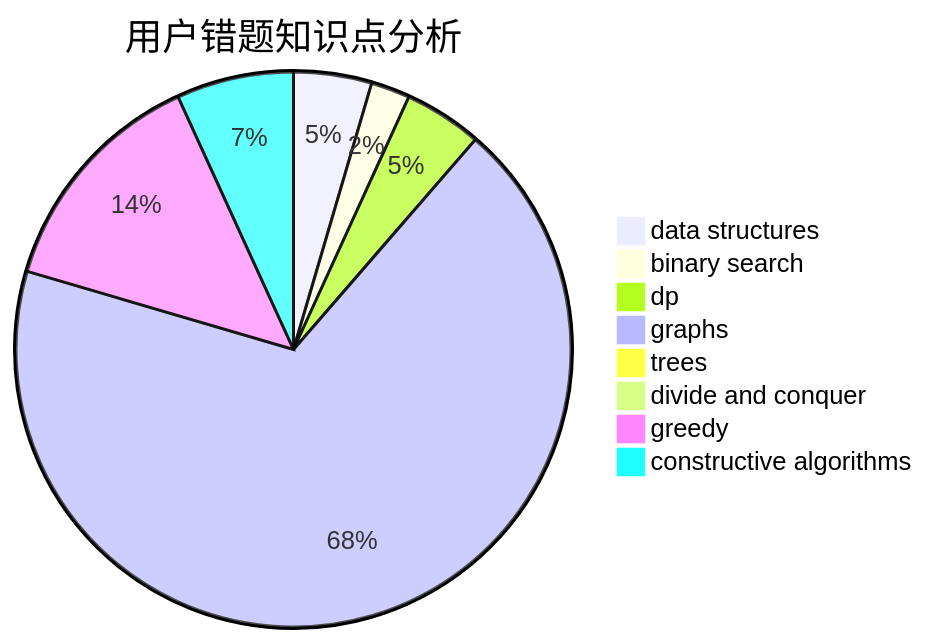
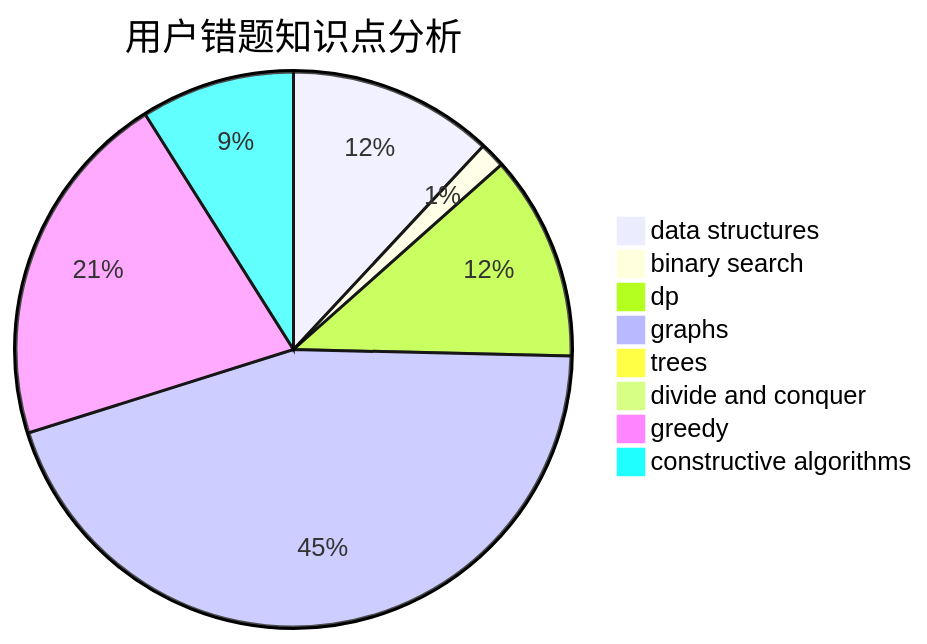
One commit to sherpahu/cfrs.github.io changed the third of 3 diagrams in docs/user/u1028.md. Above: the diagram before and after it, drawn with Mermaid. The commit also changed other lines of this file and 2770 other files, not shown here.

````diff
--- a/docs/user/u1028.md
+++ b/docs/user/u1028.md
@@ -36,11 +36,11 @@
 ```mermaid
 pie title 用户错题知识点分析
-    "data structures" :  2
+    "data structures" :  8
     "binary search" :  1
-    "dp" :  2
+    "dp" :  8
     "graphs" :  30
     "trees" :  0
     "divide and conquer" :  0
-    "greedy" :  6
-    "constructive algorithms" :  3
+    "greedy" :  14
+    "constructive algorithms" :  6
 ```
````
